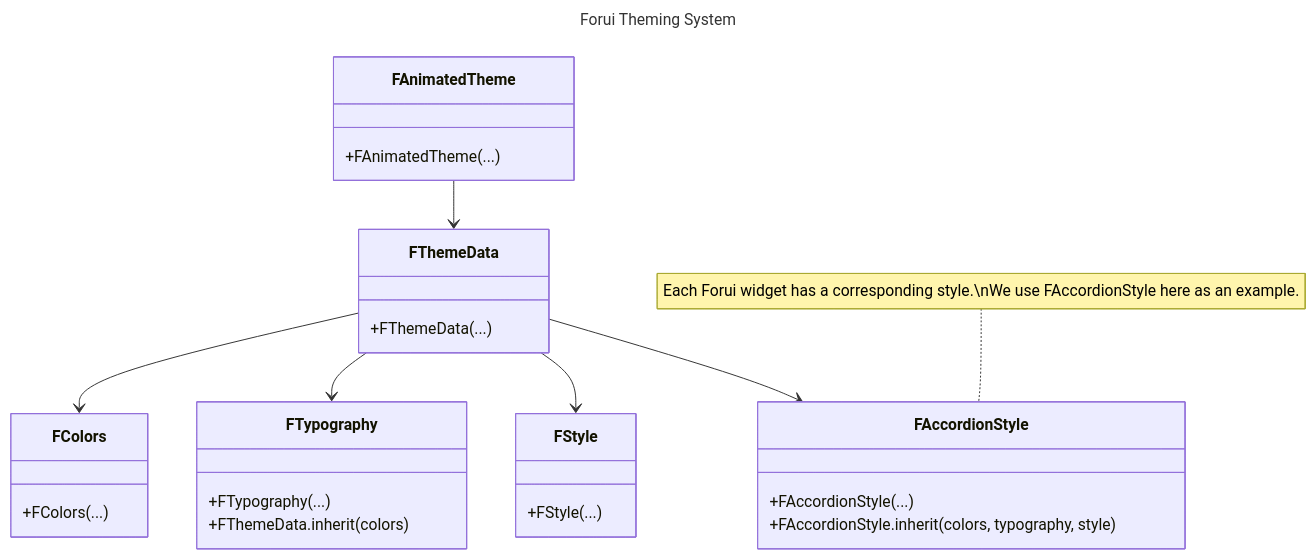
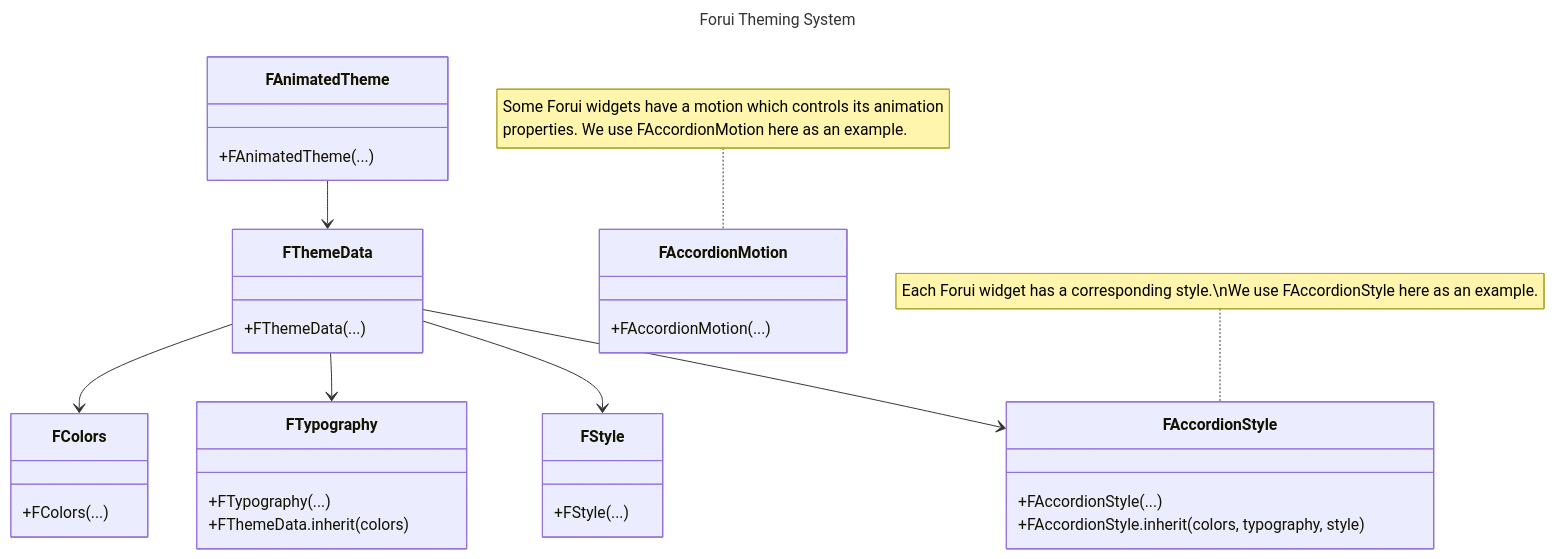
Before and after one commit to forus-labs/forui: the diagram in docs/app/docs/themes/page.mdx, drawn with Mermaid. The commit also changed other lines of this file and 33 other files, not shown here.

````diff
--- a/docs/app/docs/themes/page.mdx
+++ b/docs/app/docs/themes/page.mdx
@@ -49,38 +49,46 @@
 ```mermaid
 ---
 title: Forui Theming System
 ---
 classDiagram
 class FAnimatedTheme {
     +FAnimatedTheme(...)
 }
 
 class FThemeData {
     +FThemeData(...)
 }
 
 class FColors {
     +FColors(...)
 }
 
 class FTypography {
     +FTypography(...)
     +FThemeData.inherit(colors)
 }
 
 class FStyle {
     +FStyle(...)
 }
 
 class FAccordionStyle {
     +FAccordionStyle(...)
     +FAccordionStyle.inherit(colors, typography, style)
 }
+
+class FAccordionMotion {
+    +FAccordionMotion(...)
+}
+
 note for FAccordionStyle "Each Forui widget has a corresponding style.\nWe use FAccordionStyle here as an example."
+
+note for FAccordionMotion "Some Forui widgets have a motion which controls its animation
+properties. We use FAccordionMotion here as an example."
 
 FAnimatedTheme --> FThemeData
 FThemeData --> FColors
 FThemeData --> FTypography
 FThemeData --> FStyle
 FThemeData --> FAccordionStyle
 ```
````
